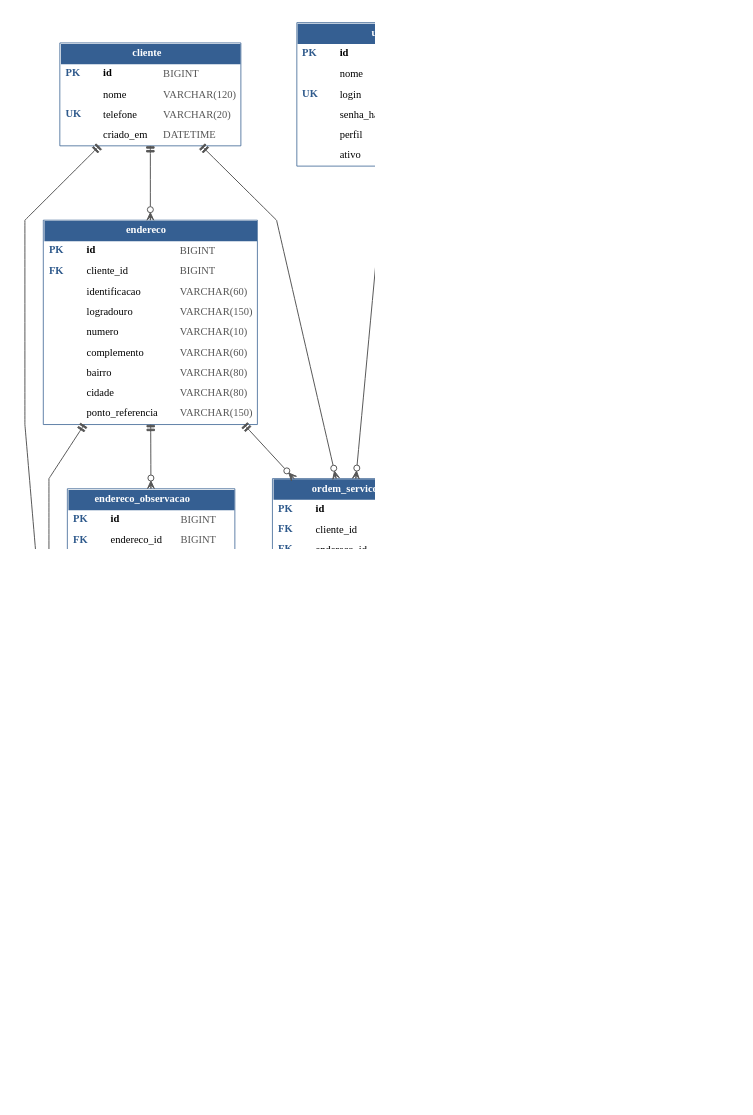
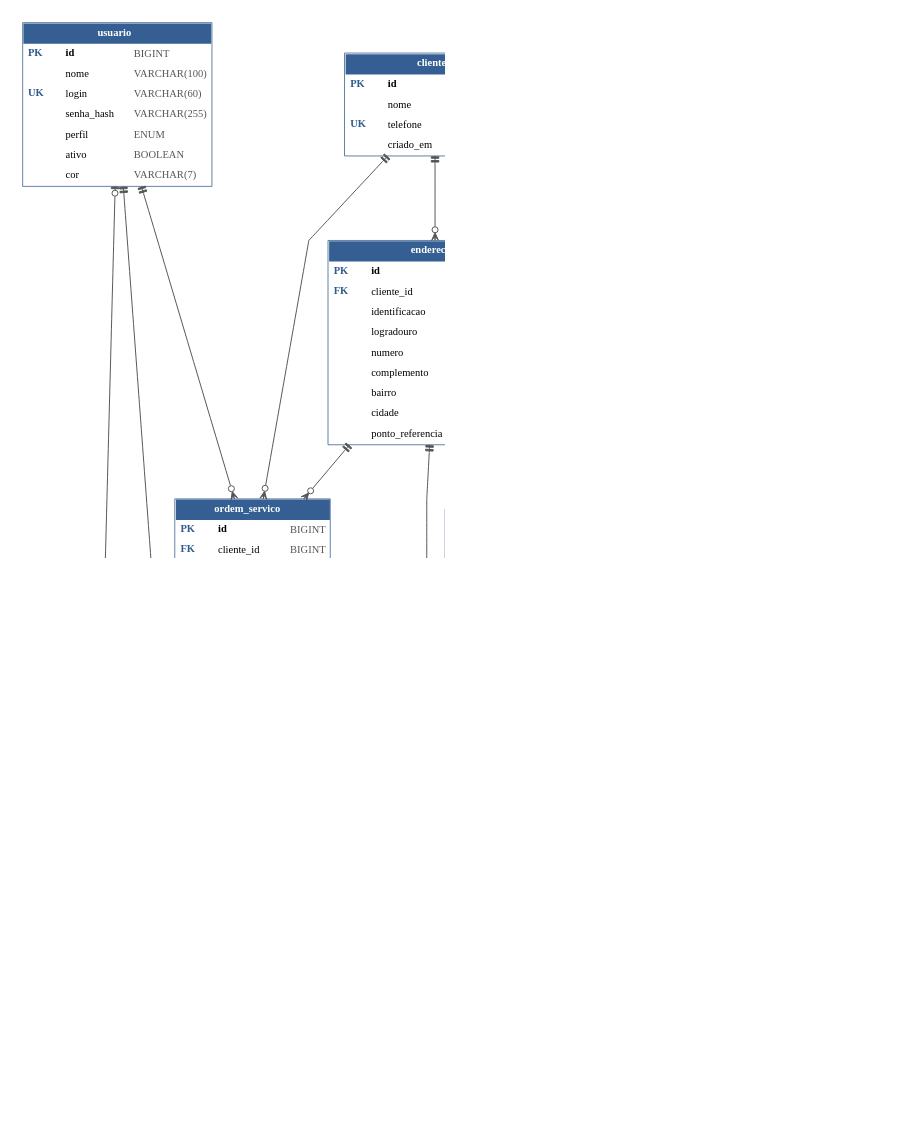
The diagram in Diagramas/DER.dot (LuizKirsch/agenda-eletrecista-obsidian), drawn with Graphviz before and after one commit. The commit also changed 125 other files, not shown here.

```diff
--- a/Diagramas/DER.dot
+++ b/Diagramas/DER.dot
@@ -1,7 +1,7 @@
 digraph DER {
 graph [rankdir=TB, nodesep=0.7, ranksep=1.0, splines=polyline, bgcolor=white, pad=0.4, dpi=150];
 node [shape=plain, fontname="Carlito"]; edge [color="#555555", penwidth=1.3, dir=both, arrowsize=1.0];
-usuario [label=<<table border="1" cellborder="0" cellspacing="0" cellpadding="6" color="#2f5a8c"><tr><td colspan="3" bgcolor="#355f92"><font color="white"><b>usuario</b></font></td></tr><tr><td align="left" width="50"><font color="#2f5a8c"><b>PK</b></font></td><td align="left"><b>id</b></td><td align="left"><font color="#555555">BIGINT</font></td></tr><tr><td align="left" width="50"> </td><td align="left">nome</td><td align="left"><font color="#555555">VARCHAR(100)</font></td></tr><tr><td align="left" width="50"><font color="#2f5a8c"><b>UK</b></font></td><td align="left">login</td><td align="left"><font color="#555555">VARCHAR(60)</font></td></tr><tr><td align="left" width="50"> </td><td align="left">senha_hash</td><td align="left"><font color="#555555">VARCHAR(255)</font></td></tr><tr><td align="left" width="50"> </td><td align="left">perfil</td><td align="left"><font color="#555555">ENUM</font></td></tr><tr><td align="left" width="50"> </td><td align="left">ativo</td><td align="left"><font color="#555555">BOOLEAN</font></td></tr></table>>];
+usuario [label=<<table border="1" cellborder="0" cellspacing="0" cellpadding="6" color="#2f5a8c"><tr><td colspan="3" bgcolor="#355f92"><font color="white"><b>usuario</b></font></td></tr><tr><td align="left" width="50"><font color="#2f5a8c"><b>PK</b></font></td><td align="left"><b>id</b></td><td align="left"><font color="#555555">BIGINT</font></td></tr><tr><td align="left" width="50"> </td><td align="left">nome</td><td align="left"><font color="#555555">VARCHAR(100)</font></td></tr><tr><td align="left" width="50"><font color="#2f5a8c"><b>UK</b></font></td><td align="left">login</td><td align="left"><font color="#555555">VARCHAR(60)</font></td></tr><tr><td align="left" width="50"> </td><td align="left">senha_hash</td><td align="left"><font color="#555555">VARCHAR(255)</font></td></tr><tr><td align="left" width="50"> </td><td align="left">perfil</td><td align="left"><font color="#555555">ENUM</font></td></tr><tr><td align="left" width="50"> </td><td align="left">ativo</td><td align="left"><font color="#555555">BOOLEAN</font></td></tr><tr><td align="left" width="50"> </td><td align="left">cor</td><td align="left"><font color="#555555">VARCHAR(7)</font></td></tr></table>>];
 cliente [label=<<table border="1" cellborder="0" cellspacing="0" cellpadding="6" color="#2f5a8c"><tr><td colspan="3" bgcolor="#355f92"><font color="white"><b>cliente</b></font></td></tr><tr><td align="left" width="50"><font color="#2f5a8c"><b>PK</b></font></td><td align="left"><b>id</b></td><td align="left"><font color="#555555">BIGINT</font></td></tr><tr><td align="left" width="50"> </td><td align="left">nome</td><td align="left"><font color="#555555">VARCHAR(120)</font></td></tr><tr><td align="left" width="50"><font color="#2f5a8c"><b>UK</b></font></td><td align="left">telefone</td><td align="left"><font color="#555555">VARCHAR(20)</font></td></tr><tr><td align="left" width="50"> </td><td align="left">criado_em</td><td align="left"><font color="#555555">DATETIME</font></td></tr></table>>];
 tipo_atividade [label=<<table border="1" cellborder="0" cellspacing="0" cellpadding="6" color="#2f5a8c"><tr><td colspan="3" bgcolor="#355f92"><font color="white"><b>tipo_atividade</b></font></td></tr><tr><td align="left" width="50"><font color="#2f5a8c"><b>PK</b></font></td><td align="left"><b>id</b></td><td align="left"><font color="#555555">BIGINT</font></td></tr><tr><td align="left" width="50"><font color="#2f5a8c"><b>UK</b></font></td><td align="left">nome</td><td align="left"><font color="#555555">VARCHAR(100)</font></td></tr><tr><td align="left" width="50"> </td><td align="left">duracao_padrao_min</td><td align="left"><font color="#555555">INT</font></td></tr><tr><td align="left" width="50"> </td><td align="left">valor_padrao</td><td align="left"><font color="#555555">DECIMAL(10,2)</font></td></tr><tr><td align="left" width="50"> </td><td align="left">ativo</td><td align="left"><font color="#555555">BOOLEAN</font></td></tr></table>>];
 endereco [label=<<table border="1" cellborder="0" cellspacing="0" cellpadding="6" color="#2f5a8c"><tr><td colspan="3" bgcolor="#355f92"><font color="white"><b>endereco</b></font></td></tr><tr><td align="left" width="50"><font color="#2f5a8c"><b>PK</b></font></td><td align="left"><b>id</b></td><td align="left"><font color="#555555">BIGINT</font></td></tr><tr><td align="left" width="50"><font color="#2f5a8c"><b>FK</b></font></td><td align="left">cliente_id</td><td align="left"><font color="#555555">BIGINT</font></td></tr><tr><td align="left" width="50"> </td><td align="left">identificacao</td><td align="left"><font color="#555555">VARCHAR(60)</font></td></tr><tr><td align="left" width="50"> </td><td align="left">logradouro</td><td align="left"><font color="#555555">VARCHAR(150)</font></td></tr><tr><td align="left" width="50"> </td><td align="left">numero</td><td align="left"><font color="#555555">VARCHAR(10)</font></td></tr><tr><td align="left" width="50"> </td><td align="left">complemento</td><td align="left"><font color="#555555">VARCHAR(60)</font></td></tr><tr><td align="left" width="50"> </td><td align="left">bairro</td><td align="left"><font color="#555555">VARCHAR(80)</font></td></tr><tr><td align="left" width="50"> </td><td align="left">cidade</td><td align="left"><font color="#555555">VARCHAR(80)</font></td></tr><tr><td align="left" width="50"> </td><td align="left">ponto_referencia</td><td align="left"><font color="#555555">VARCHAR(150)</font></td></tr></table>>];
@@ -10,6 +10,7 @@
 orcamento [label=<<table border="1" cellborder="0" cellspacing="0" cellpadding="6" color="#2f5a8c"><tr><td colspan="3" bgcolor="#355f92"><font color="white"><b>orcamento</b></font></td></tr><tr><td align="left" width="50"><font color="#2f5a8c"><b>PK</b></font></td><td align="left"><b>id</b></td><td align="left"><font color="#555555">BIGINT</font></td></tr><tr><td align="left" width="50"><font color="#2f5a8c"><b>FK</b></font></td><td align="left">cliente_id</td><td align="left"><font color="#555555">BIGINT</font></td></tr><tr><td align="left" width="50"><font color="#2f5a8c"><b>FK</b></font></td><td align="left">endereco_id</td><td align="left"><font color="#555555">BIGINT</font></td></tr><tr><td align="left" width="50"><font color="#2f5a8c"><b>FK, UK</b></font></td><td align="left">ordem_servico_id</td><td align="left"><font color="#555555">BIGINT</font></td></tr><tr><td align="left" width="50"> </td><td align="left">status</td><td align="left"><font color="#555555">ENUM</font></td></tr><tr><td align="left" width="50"> </td><td align="left">observacao</td><td align="left"><font color="#555555">TEXT</font></td></tr><tr><td align="left" width="50"> </td><td align="left">criado_em</td><td align="left"><font color="#555555">DATETIME</font></td></tr></table>>];
 atividade_os [label=<<table border="1" cellborder="0" cellspacing="0" cellpadding="6" color="#2f5a8c"><tr><td colspan="3" bgcolor="#355f92"><font color="white"><b>atividade_os</b></font></td></tr><tr><td align="left" width="50"><font color="#2f5a8c"><b>PK</b></font></td><td align="left"><b>id</b></td><td align="left"><font color="#555555">BIGINT</font></td></tr><tr><td align="left" width="50"><font color="#2f5a8c"><b>FK</b></font></td><td align="left">ordem_servico_id</td><td align="left"><font color="#555555">BIGINT</font></td></tr><tr><td align="left" width="50"><font color="#2f5a8c"><b>FK</b></font></td><td align="left">tipo_atividade_id</td><td align="left"><font color="#555555">BIGINT</font></td></tr><tr><td align="left" width="50"><font color="#2f5a8c"><b>FK</b></font></td><td align="left">eletricista_id</td><td align="left"><font color="#555555">BIGINT</font></td></tr><tr><td align="left" width="50"> </td><td align="left">descricao</td><td align="left"><font color="#555555">VARCHAR(100)</font></td></tr><tr><td align="left" width="50"> </td><td align="left">sequencia</td><td align="left"><font color="#555555">INT</font></td></tr><tr><td align="left" width="50"> </td><td align="left">data</td><td align="left"><font color="#555555">DATE</font></td></tr><tr><td align="left" width="50"> </td><td align="left">hora_inicio</td><td align="left"><font color="#555555">TIME</font></td></tr><tr><td align="left" width="50"> </td><td align="left">hora_fim</td><td align="left"><font color="#555555">TIME</font></td></tr><tr><td align="left" width="50"> </td><td align="left">status</td><td align="left"><font color="#555555">ENUM</font></td></tr></table>>];
 orcamento_item [label=<<table border="1" cellborder="0" cellspacing="0" cellpadding="6" color="#2f5a8c"><tr><td colspan="3" bgcolor="#355f92"><font color="white"><b>orcamento_item</b></font></td></tr><tr><td align="left" width="50"><font color="#2f5a8c"><b>PK</b></font></td><td align="left"><b>id</b></td><td align="left"><font color="#555555">BIGINT</font></td></tr><tr><td align="left" width="50"><font color="#2f5a8c"><b>FK</b></font></td><td align="left">orcamento_id</td><td align="left"><font color="#555555">BIGINT</font></td></tr><tr><td align="left" width="50"><font color="#2f5a8c"><b>FK</b></font></td><td align="left">tipo_atividade_id</td><td align="left"><font color="#555555">BIGINT</font></td></tr><tr><td align="left" width="50"> </td><td align="left">descricao</td><td align="left"><font color="#555555">VARCHAR(100)</font></td></tr><tr><td align="left" width="50"> </td><td align="left">quantidade</td><td align="left"><font color="#555555">INT</font></td></tr><tr><td align="left" width="50"> </td><td align="left">valor_unitario</td><td align="left"><font color="#555555">DECIMAL(10,2)</font></td></tr><tr><td align="left" width="50"> </td><td align="left">duracao_min</td><td align="left"><font color="#555555">INT</font></td></tr><tr><td align="left" width="50"> </td><td align="left">sequencia</td><td align="left"><font color="#555555">INT</font></td></tr></table>>];
+orcamento_versao [label=<<table border="1" cellborder="0" cellspacing="0" cellpadding="6" color="#2f5a8c"><tr><td colspan="3" bgcolor="#355f92"><font color="white"><b>orcamento_versao</b></font></td></tr><tr><td align="left" width="50"><font color="#2f5a8c"><b>PK</b></font></td><td align="left"><b>id</b></td><td align="left"><font color="#555555">BIGINT</font></td></tr><tr><td align="left" width="50"><font color="#2f5a8c"><b>FK, UK</b></font></td><td align="left">orcamento_id</td><td align="left"><font color="#555555">BIGINT</font></td></tr><tr><td align="left" width="50"><font color="#2f5a8c"><b>UK</b></font></td><td align="left">numero</td><td align="left"><font color="#555555">INT</font></td></tr><tr><td align="left" width="50"><font color="#2f5a8c"><b>FK</b></font></td><td align="left">usuario_id</td><td align="left"><font color="#555555">BIGINT</font></td></tr><tr><td align="left" width="50"> </td><td align="left">snapshot</td><td align="left"><font color="#555555">TEXT</font></td></tr><tr><td align="left" width="50"> </td><td align="left">criado_em</td><td align="left"><font color="#555555">DATETIME</font></td></tr></table>>];
 cliente -> endereco [arrowtail=teetee, arrowhead=crowodot];
 cliente -> ordem_servico [arrowtail=teetee, arrowhead=crowodot];
 cliente -> orcamento [arrowtail=teetee, arrowhead=crowodot];
@@ -19,6 +20,8 @@
 ordem_servico -> orcamento [arrowtail=teeodot, arrowhead=teeodot];
 ordem_servico -> atividade_os [arrowtail=teetee, arrowhead=crowtee];
 orcamento -> orcamento_item [arrowtail=teetee, arrowhead=crowtee];
+orcamento -> orcamento_versao [arrowtail=teetee, arrowhead=crowodot];
+usuario -> orcamento_versao [arrowtail=teeodot, arrowhead=crowodot];
 tipo_atividade -> atividade_os [arrowtail=teeodot, arrowhead=crowodot];
 tipo_atividade -> orcamento_item [arrowtail=teeodot, arrowhead=crowodot];
 usuario -> ordem_servico [arrowtail=teetee, arrowhead=crowodot];
```
